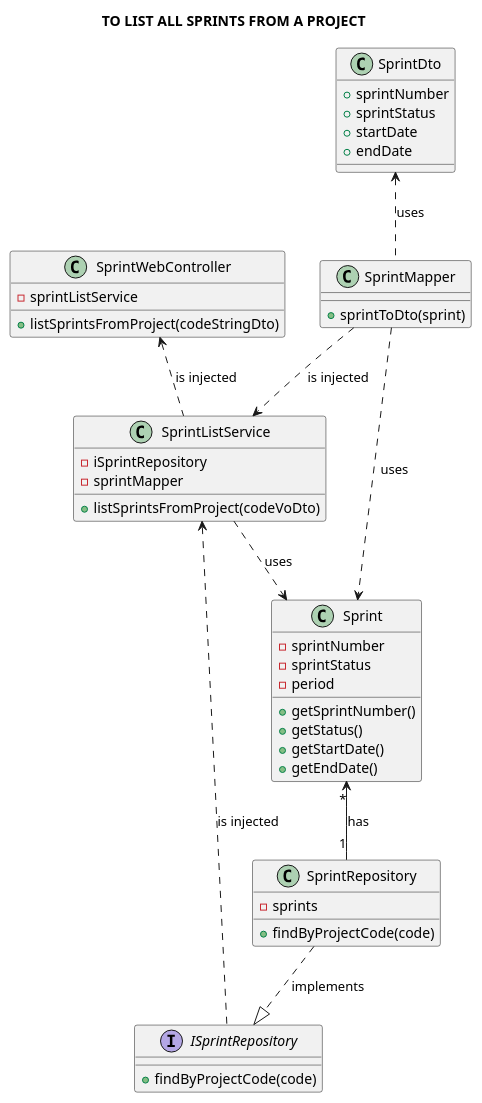
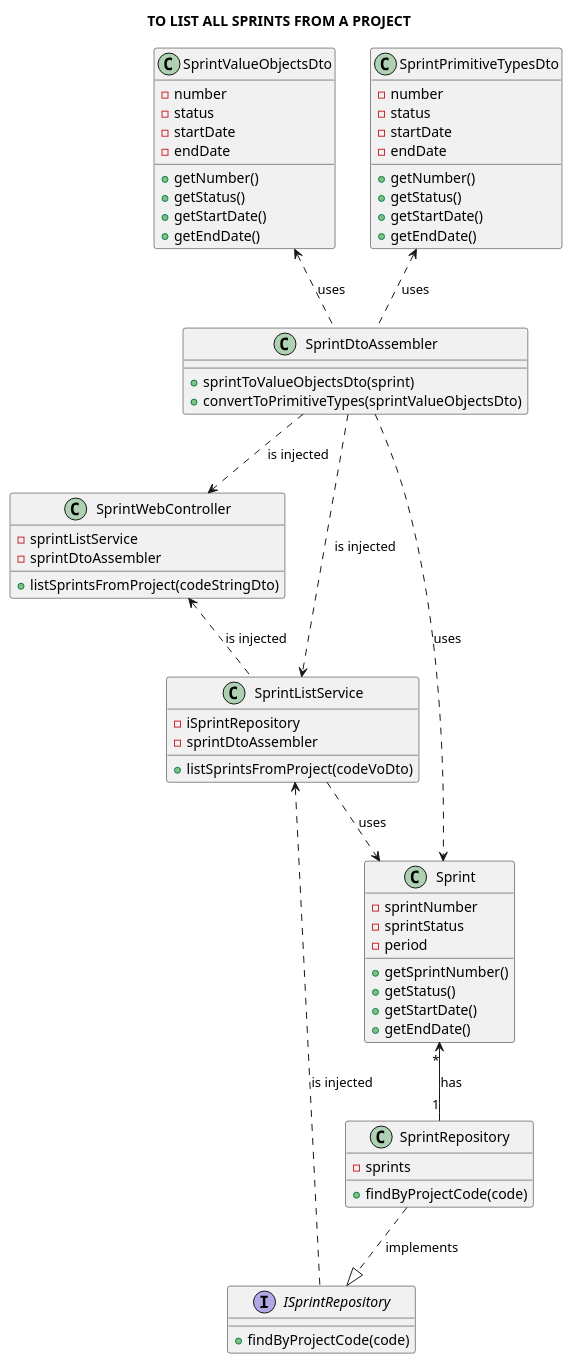
The diagram in docs/modelling_design/user_stories/reference_diagrams/listAllSprintsFromProject_classDiagram_ddd.puml (Loracline/project_switch_22-23), drawn with PlantUML before and after one commit. The commit also changed 1 other file, not shown here.

Commit message:
US031: Design: Updated sequence and class diagrams for functionality of listing all sprints of a project. Closes #650.

```diff
--- a/docs/modelling_design/user_stories/reference_diagrams/listAllSprintsFromProject_classDiagram_ddd.puml
+++ b/docs/modelling_design/user_stories/reference_diagrams/listAllSprintsFromProject_classDiagram_ddd.puml
@@ -1,56 +1,75 @@
 @startuml
 
 title TO LIST ALL SPRINTS FROM A PROJECT
 skinparam sequenceMessageAlign center
 
 class SprintWebController {
 -sprintListService
+-sprintDtoAssembler
 +listSprintsFromProject(codeStringDto)
 }
 
 class SprintListService {
 -iSprintRepository
--sprintMapper
+-sprintDtoAssembler
 +listSprintsFromProject(codeVoDto)
 }
 
 interface ISprintRepository {
 +findByProjectCode(code)
 }
 
 class SprintRepository {
 -sprints
 +findByProjectCode(code)
 }
 
-class SprintMapper {
-+sprintToDto(sprint)
+class SprintDtoAssembler {
++sprintToValueObjectsDto(sprint)
++convertToPrimitiveTypes(sprintValueObjectsDto)
 }
 
-class SprintDto {
-+sprintNumber
-+sprintStatus
-+startDate
-+endDate
+class SprintValueObjectsDto {
+-number
+-status
+-startDate
+-endDate
++getNumber()
++getStatus()
++getStartDate()
++getEndDate()
+}
+
+class SprintPrimitiveTypesDto {
+-number
+-status
+-startDate
+-endDate
++getNumber()
++getStatus()
++getStartDate()
++getEndDate()
 }
 
 class Sprint {
 -sprintNumber
 -sprintStatus
 -period
 +getSprintNumber()
 +getStatus()
 +getStartDate()
 +getEndDate()
 }
 
 SprintWebController <.. SprintListService: is injected
 SprintListService <.. ISprintRepository: is injected
 SprintRepository ..|> ISprintRepository: implements
 SprintListService ..> Sprint: uses
-SprintMapper ..> SprintListService: is injected
-SprintMapper ..> Sprint: uses
-SprintDto <.. SprintMapper: uses
+SprintDtoAssembler ..> SprintListService: is injected
+SprintDtoAssembler ..> SprintWebController: is injected
+SprintDtoAssembler ..> Sprint: uses
+SprintValueObjectsDto <.. SprintDtoAssembler: uses
+SprintPrimitiveTypesDto <.. SprintDtoAssembler: uses
 Sprint "*" <-down- "1" SprintRepository: has
 
 @enduml
```
